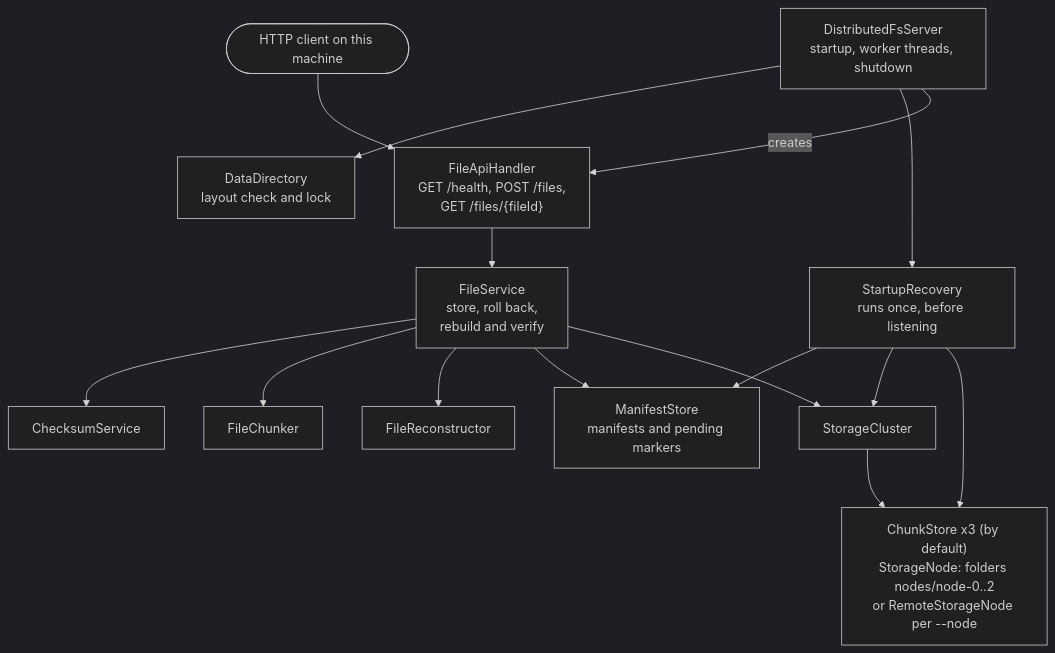
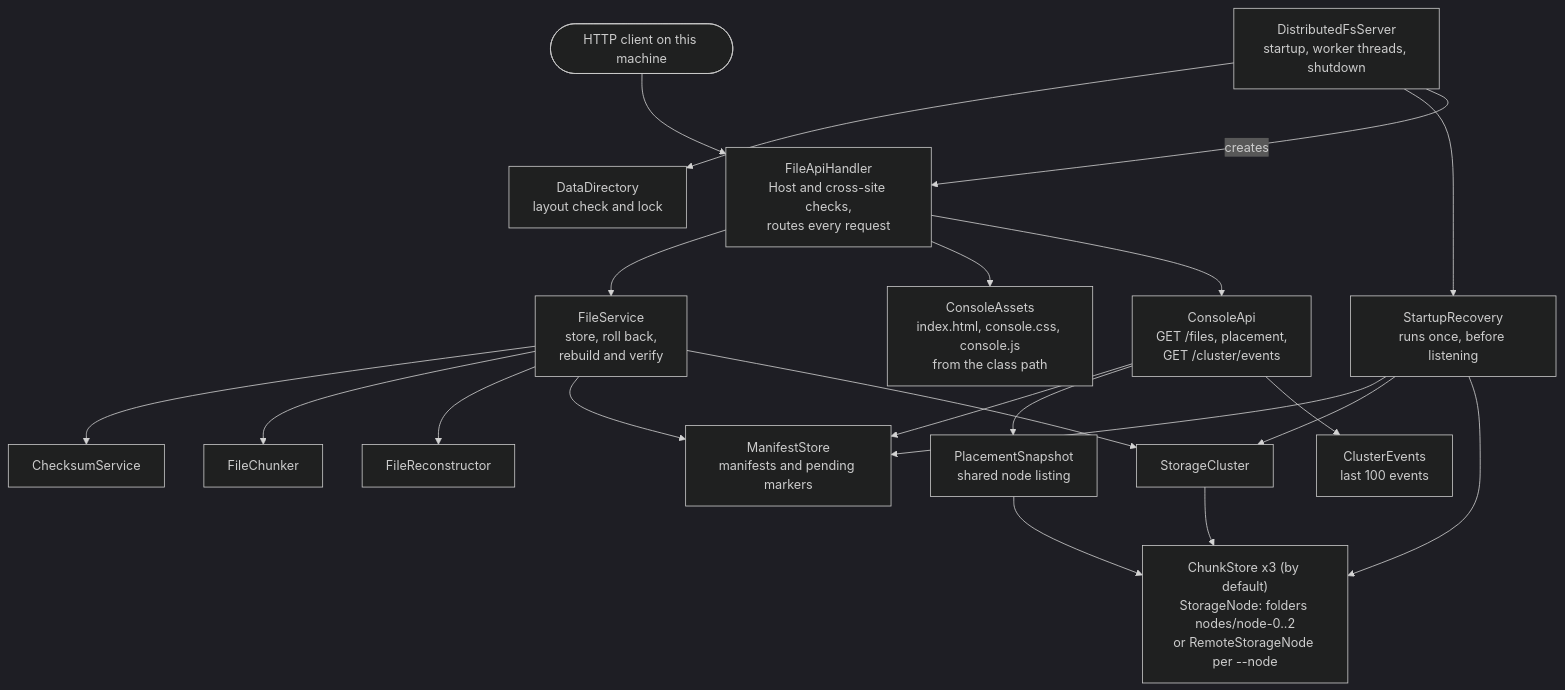
One commit to Manasva504/DistributedFS changed the second of 4 diagrams in docs/DESIGN.md. Above: the diagram before and after it, drawn with Mermaid (dark theme). The commit also changed other lines of this file and 36 other files, not shown here.

First line of the commit message:
M4b-2: web console, file names, cluster events

````diff
--- a/docs/DESIGN.md
+++ b/docs/DESIGN.md
@@ -102,24 +104,32 @@
 ```mermaid
 flowchart TD
     client(["HTTP client on this machine"])
     server["DistributedFsServer<br/>startup, worker threads, shutdown"]
     datadir["DataDirectory<br/>layout check and lock"]
     recovery["StartupRecovery<br/>runs once, before listening"]
-    handler["FileApiHandler<br/>GET /health, POST /files,<br/>GET /files/{fileId}"]
+    handler["FileApiHandler<br/>Host and cross-site checks,<br/>routes every request"]
     service["FileService<br/>store, roll back,<br/>rebuild and verify"]
     rebuilder["FileReconstructor"]
     manifests["ManifestStore<br/>manifests and pending markers"]
     checksum["ChecksumService"]
     chunker["FileChunker"]
     cluster["StorageCluster"]
     nodes["ChunkStore x3 (by default)<br/>StorageNode: folders nodes/node-0..2<br/>or RemoteStorageNode per --node"]
+    assets["ConsoleAssets<br/>index.html, console.css, console.js<br/>from the class path"]
+    consoleapi["ConsoleApi<br/>GET /files, placement,<br/>GET /cluster/events"]
+    snapshot["PlacementSnapshot<br/>shared node listing"]
+    events["ClusterEvents<br/>last 100 events"]
 
     client --> handler
     server --> datadir
     server --> recovery
     server -- "creates" --> handler
     handler --> service
+    handler --> assets
+    handler --> consoleapi
+    consoleapi --> manifests & snapshot & events
+    snapshot --> nodes
     service --> checksum & chunker & rebuilder & manifests & cluster
     recovery --> manifests & cluster & nodes
     cluster --> nodes
 ```
````
